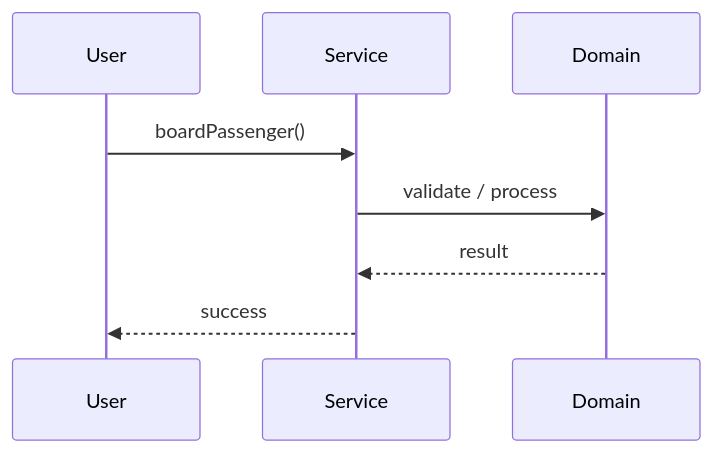
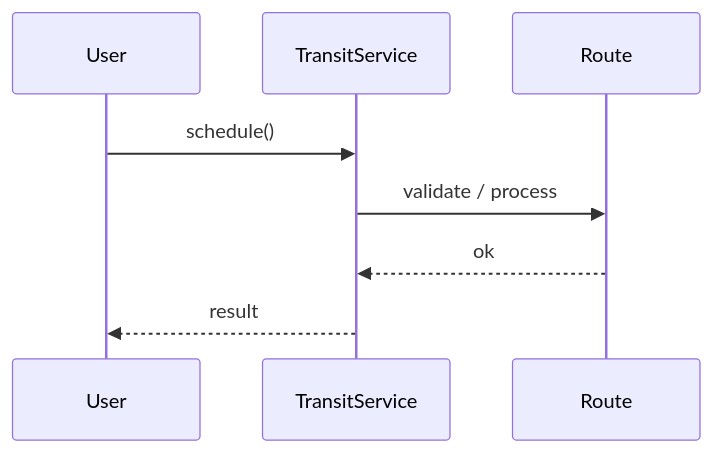
Before and after one commit to madhupaila/Interview-Prep-SSE: the second of 3 diagrams in Learn/System Design - Low Level Design/02-classic-ood/questions/Q54-bus-transit.md, drawn with Mermaid. The commit also changed other lines of this file and 491 other files, not shown here.

````diff
--- a/Learn/System Design - Low Level Design/02-classic-ood/questions/Q54-bus-transit.md
+++ b/Learn/System Design - Low Level Design/02-classic-ood/questions/Q54-bus-transit.md
@@ -122,10 +153,10 @@
 ```mermaid
 sequenceDiagram
-    participant U as User
-    participant S as Service
-    participant D as Domain
-    U->>S: boardPassenger()
-    S->>D: validate / process
-    D-->>S: result
-    S-->>U: success
+participant U as User
+participant S as TransitService
+participant D as Route
+U->>S: schedule()
+S->>D: validate / process
+D-->>S: ok
+S-->>U: result
 ```
````
